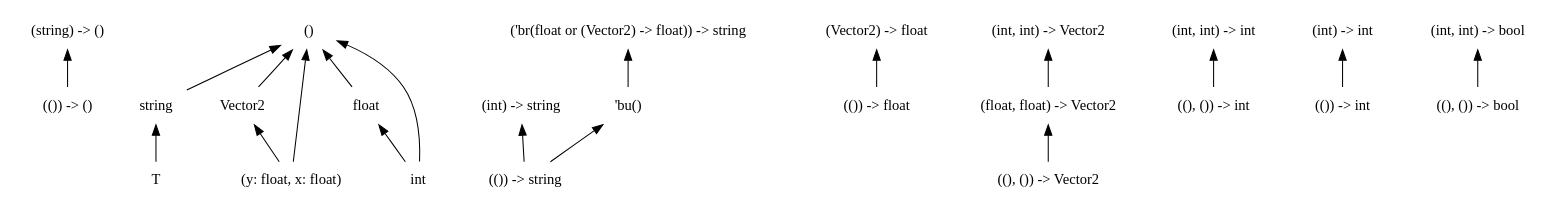
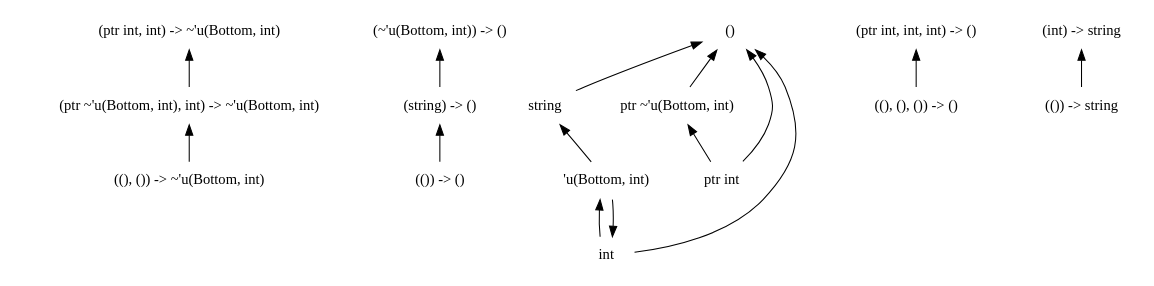
The diagram in dots/17.dot (chocobo333/regino), drawn with Graphviz before and after one commit. The commit also changed 48 other files, not shown here.

```diff
--- a/dots/17.dot
+++ b/dots/17.dot
@@ -1,53 +1,41 @@
 digraph order {
   graph [
     size = "30,10"
     ];
   node [
     shape = none
     ];
   edge [
     dir = back
     ];
+  "(ptr int, int) -> ~'u(Bottom, int)"
   "(string) -> ()"
   "(()) -> ()"
   "string"
-  "Vector2"
-  "'bu()"
-  "(()) -> float"
-  "T"
-  "('br(float or (Vector2) -> float)) -> string"
-  "((), ()) -> Vector2"
-  "(int, int) -> Vector2"
-  "((), ()) -> int"
-  "(int) -> int"
-  "(int, int) -> int"
+  "((), ()) -> ~'u(Bottom, int)"
+  "(ptr ~'u(Bottom, int), int) -> ~'u(Bottom, int)"
+  "'u(Bottom, int)"
+  "ptr ~'u(Bottom, int)"
+  "(ptr int, int, int) -> ()"
   "()"
-  "(int, int) -> bool"
-  "(float, float) -> Vector2"
+  "ptr int"
+  "((), (), ()) -> ()"
   "(()) -> string"
-  "(Vector2) -> float"
-  "(y: float, x: float)"
+  "(~'u(Bottom, int)) -> ()"
   "(int) -> string"
-  "float"
-  "(()) -> int"
   "int"
-  "((), ()) -> bool"
+  "(ptr int, int) -> ~'u(Bottom, int)" -> "(ptr ~'u(Bottom, int), int) -> ~'u(Bottom, int)"
   "(string) -> ()" -> "(()) -> ()"
-  "string" -> "T"
-  "Vector2" -> "(y: float, x: float)"
-  "'bu()" -> "(()) -> string"
-  "('br(float or (Vector2) -> float)) -> string" -> "'bu()"
-  "(int, int) -> Vector2" -> "(float, float) -> Vector2"
-  "(int) -> int" -> "(()) -> int"
-  "(int, int) -> int" -> "((), ()) -> int"
+  "string" -> "'u(Bottom, int)"
+  "(~'u(Bottom, int)) -> ()" -> "(string) -> ()"
+  "(ptr ~'u(Bottom, int), int) -> ~'u(Bottom, int)" -> "((), ()) -> ~'u(Bottom, int)"
+  "(int) -> string" -> "(()) -> string"
+  "'u(Bottom, int)" -> "int"
+  "ptr ~'u(Bottom, int)" -> "ptr int"
+  "(ptr int, int, int) -> ()" -> "((), (), ()) -> ()"
+  "int" -> "'u(Bottom, int)"
   "()" -> "string"
-  "()" -> "Vector2"
-  "()" -> "(y: float, x: float)"
-  "()" -> "float"
+  "()" -> "ptr ~'u(Bottom, int)"
   "()" -> "int"
-  "(int, int) -> bool" -> "((), ()) -> bool"
-  "(float, float) -> Vector2" -> "((), ()) -> Vector2"
-  "(Vector2) -> float" -> "(()) -> float"
-  "(int) -> string" -> "(()) -> string"
-  "float" -> "int"
+  "()" -> "ptr int"
 }
```
